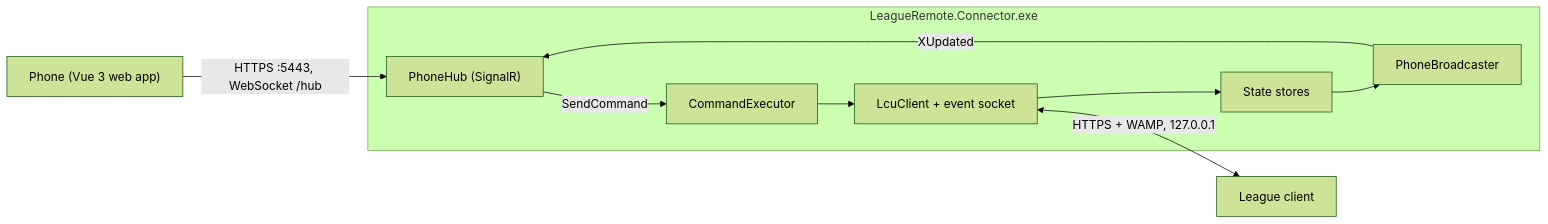
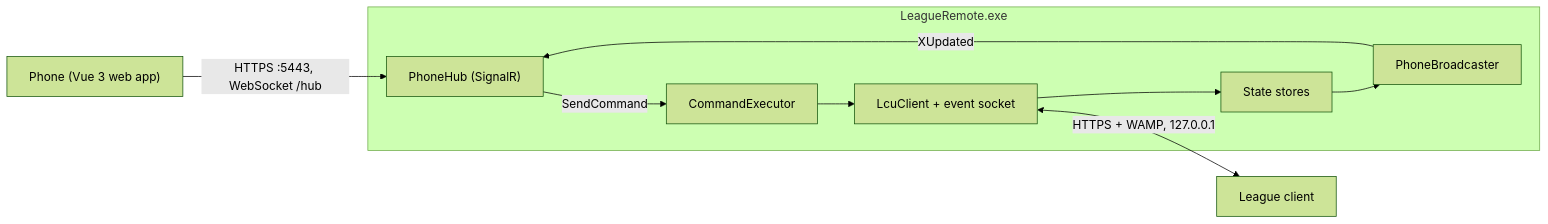
Before and after one commit to rzerdik/league-remote: the diagram in docs/architecture.md, drawn with Mermaid (forest theme). The commit also changed other lines of this file and 30 other files, not shown here.

First line of the commit message:
Ship League Remote as one standalone LeagueRemote.exe

````diff
--- a/docs/architecture.md
+++ b/docs/architecture.md
@@ -5,14 +6,14 @@
 ```mermaid
 flowchart LR
     Phone["Phone (Vue 3 web app)"] -- "HTTPS :5443, WebSocket /hub" --> Hub
-    subgraph Exe["LeagueRemote.Connector.exe"]
+    subgraph Exe["LeagueRemote.exe"]
         Hub["PhoneHub (SignalR)"]
         Exec["CommandExecutor"]
         Stores["State stores"]
         Cast["PhoneBroadcaster"]
         Lcu["LcuClient + event socket"]
         Hub -- "SendCommand" --> Exec --> Lcu
         Lcu --> Stores --> Cast -- "XUpdated" --> Hub
     end
     Lcu <-- "HTTPS + WAMP, 127.0.0.1" --> Client["League client"]
 ```
````
